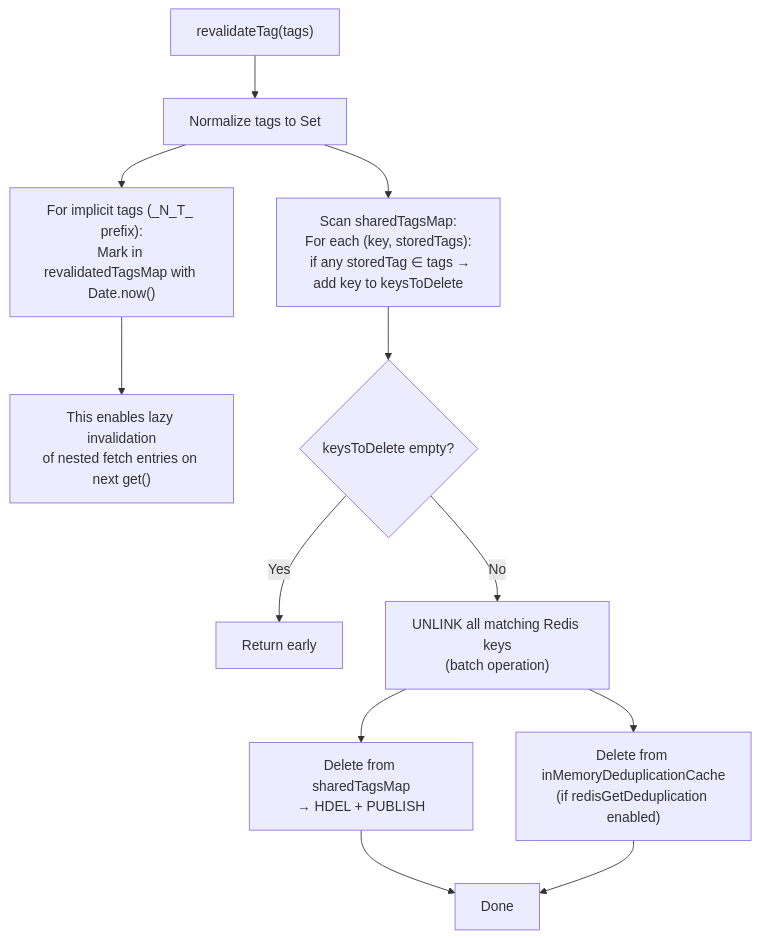
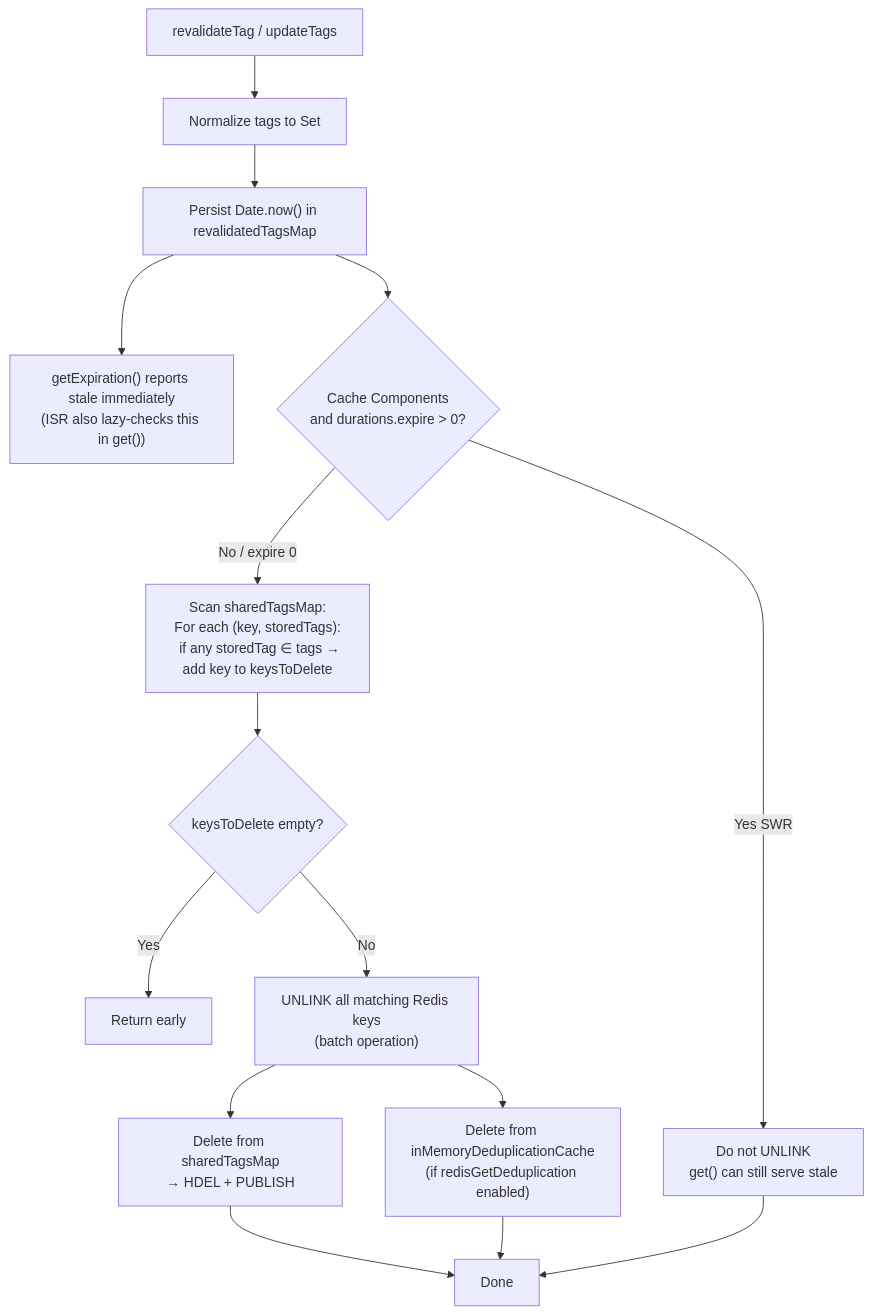
One commit to trieb-work/nextjs-turbo-redis-cache changed the eighth of 9 diagrams in ARCHITECTURE.md. Above: the diagram before and after it, drawn with Mermaid. The commit also changed other lines of this file and 12 other files, not shown here.

First line of the commit message:
fix: persist Cache Components tag revalidation without ESM require

````diff
--- a/ARCHITECTURE.md
+++ b/ARCHITECTURE.md
@@ -353,20 +354,23 @@
 ```mermaid
 flowchart TD
-    A["revalidateTag(tags)"] --> B["Normalize tags to Set"]
+    A["revalidateTag / updateTags"] --> B["Normalize tags to Set"]
 
-    B --> C["For implicit tags (_N_T_ prefix):\nMark in revalidatedTagsMap with Date.now()"]
-    C --> NOTE["This enables lazy invalidation\nof nested fetch entries on next get()"]
+    B --> C["Persist Date.now() in revalidatedTagsMap"]
+    C --> NOTE["getExpiration() reports stale immediately\n(ISR also lazy-checks this in get())"]
 
-    B --> D["Scan sharedTagsMap:\nFor each (key, storedTags):\n  if any storedTag ∈ tags → add key to keysToDelete"]
+    C --> HARD{"Cache Components\nand durations.expire > 0?"}
+    HARD -->|Yes SWR| SKIP["Do not UNLINK\nget() can still serve stale"]
+    HARD -->|No / expire 0| D["Scan sharedTagsMap:\nFor each (key, storedTags):\n  if any storedTag ∈ tags → add key to keysToDelete"]
 
     D --> E{keysToDelete empty?}
     E -->|Yes| F["Return early"]
     E -->|No| G["UNLINK all matching Redis keys\n(batch operation)"]
 
     G --> H["Delete from sharedTagsMap\n→ HDEL + PUBLISH"]
 
     G --> I["Delete from inMemoryDeduplicationCache\n(if redisGetDeduplication enabled)"]
 
     H --> J["Done"]
     I --> J
+    SKIP --> J
 ```
````
